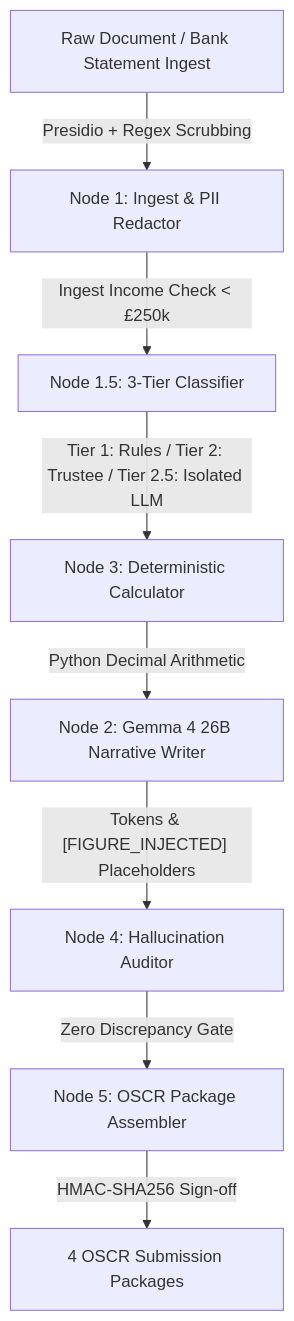
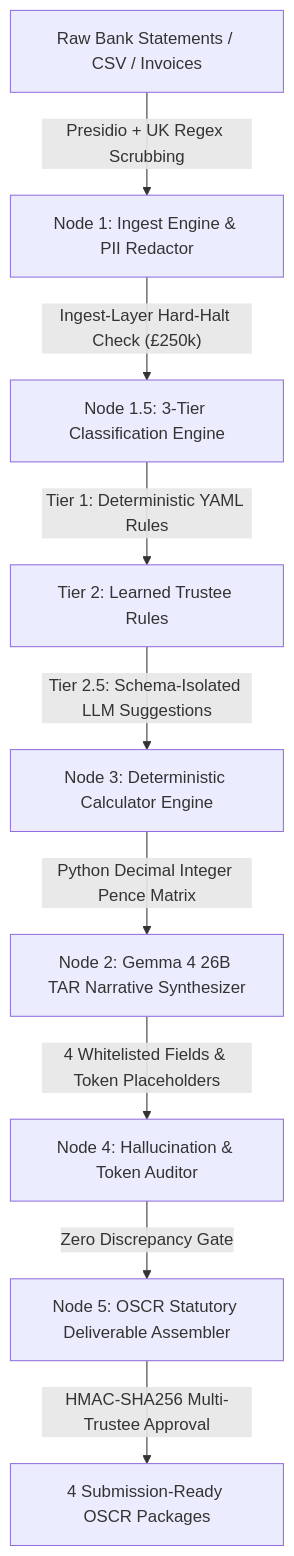
One commit to saxrael/beacon_compliance changed the diagram in README.md. Above: the diagram before and after it, drawn with Mermaid. The commit also changed other lines of this file, not shown here.

````diff
--- a/README.md
+++ b/README.md
@@ -44,10 +47,11 @@
 ```mermaid
 graph TD
-    A[Raw Document / Bank Statement Ingest] -->|"Presidio + Regex Scrubbing"| B[Node 1: Ingest & PII Redactor]
-    B -->|"Ingest Income Check < £250k"| C[Node 1.5: 3-Tier Classifier]
-    C -->|"Tier 1: Rules / Tier 2: Trustee / Tier 2.5: Isolated LLM"| D[Node 3: Deterministic Calculator]
-    D -->|"Python Decimal Arithmetic"| E[Node 2: Gemma 4 26B Narrative Writer]
-    E -->|"Tokens & [FIGURE_INJECTED] Placeholders"| F[Node 4: Hallucination Auditor]
-    F -->|"Zero Discrepancy Gate"| G[Node 5: OSCR Package Assembler]
-    G -->|"HMAC-SHA256 Sign-off"| H[4 OSCR Submission Packages]
+    A["Raw Bank Statements / CSV / Invoices"] -->|"Presidio + UK Regex Scrubbing"| B["Node 1: Ingest Engine & PII Redactor"]
+    B -->|"Ingest-Layer Hard-Halt Check (£250k)"| C["Node 1.5: 3-Tier Classification Engine"]
+    C -->|"Tier 1: Deterministic YAML Rules"| D["Tier 2: Learned Trustee Rules"]
+    D -->|"Tier 2.5: Schema-Isolated LLM Suggestions"| E["Node 3: Deterministic Calculator Engine"]
+    E -->|"Python Decimal Integer Pence Matrix"| F["Node 2: Gemma 4 26B TAR Narrative Synthesizer"]
+    F -->|"4 Whitelisted Fields & Token Placeholders"| G["Node 4: Hallucination & Token Auditor"]
+    G -->|"Zero Discrepancy Gate"| H["Node 5: OSCR Statutory Deliverable Assembler"]
+    H -->|"HMAC-SHA256 Multi-Trustee Approval"| I["4 Submission-Ready OSCR Packages"]
 ```
````
